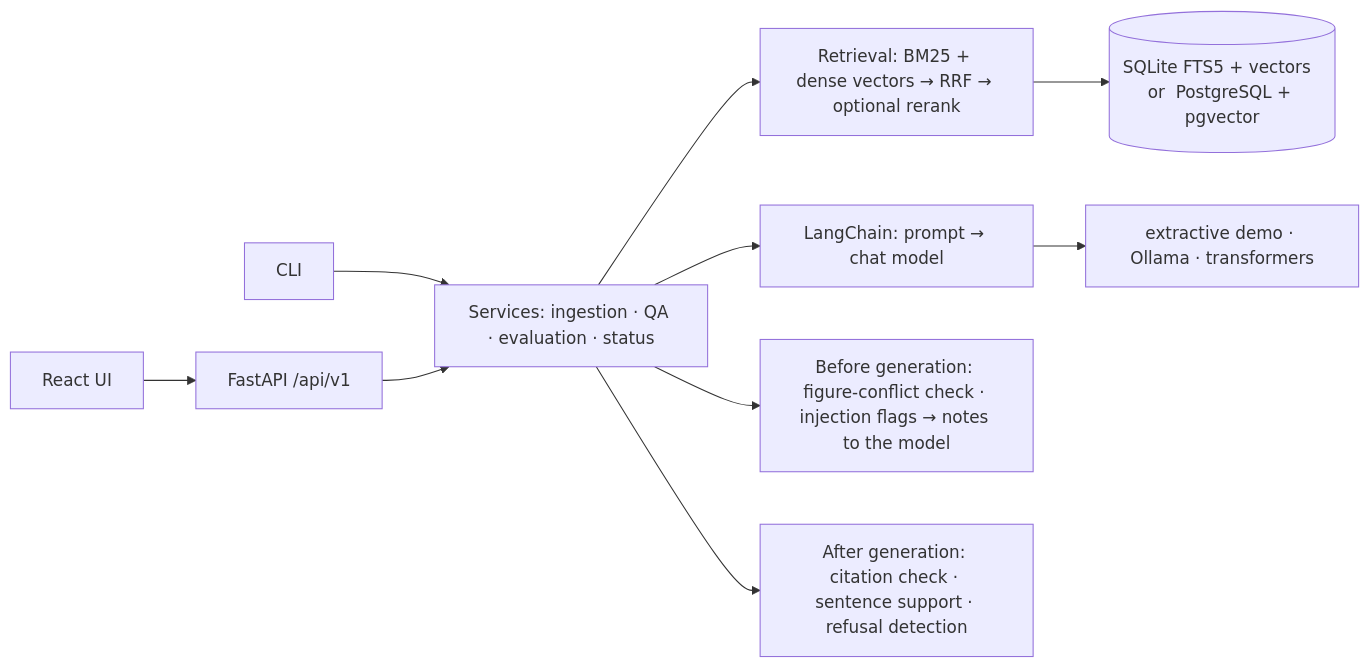
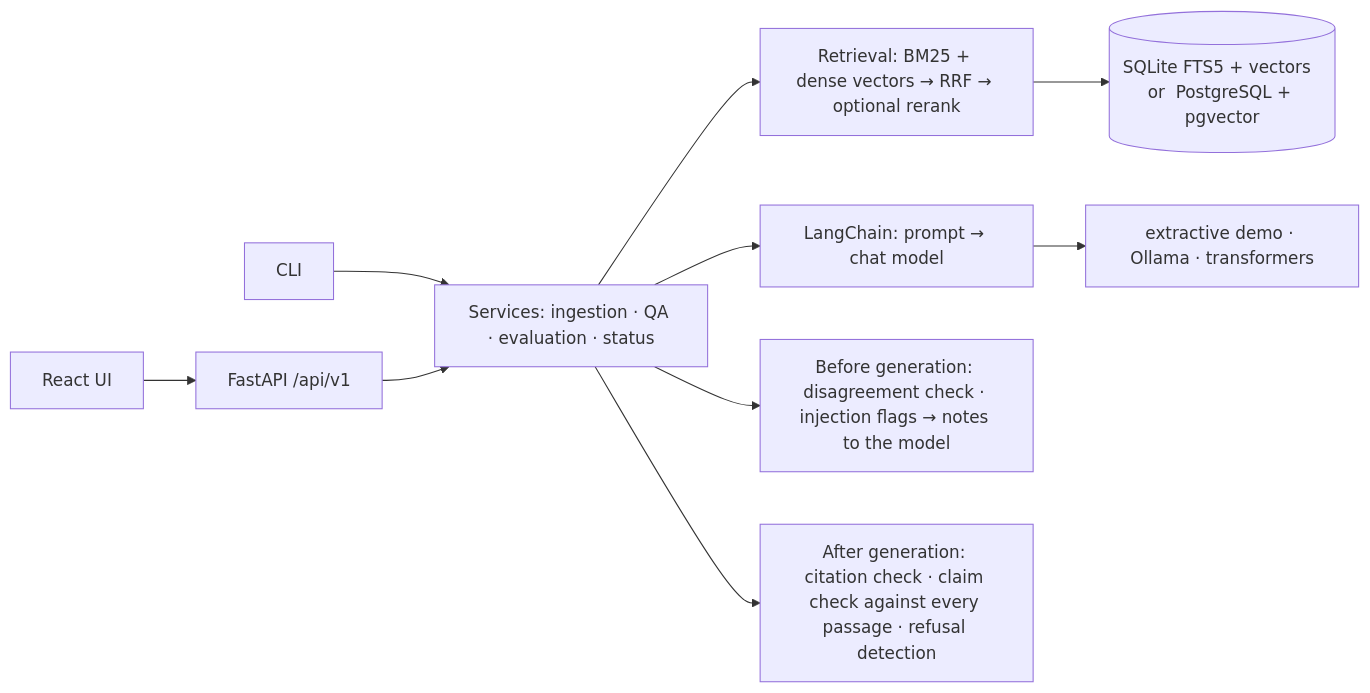
One commit to pouyapd/GroundedAI changed the diagram in README.md. Above: the diagram before and after it, drawn with Mermaid. The commit also changed other lines of this file and 12 other files, not shown here.

````diff
--- a/README.md
+++ b/README.md
@@ -87,12 +107,12 @@
 ```mermaid
 flowchart LR
   UI["React UI"] --> API["FastAPI /api/v1"]
   CLI["CLI"] --> SVC
   API --> SVC["Services: ingestion · QA · evaluation · status"]
   SVC --> RET["Retrieval: BM25 + dense vectors → RRF → optional rerank"]
   RET --> DB[("SQLite FTS5 + vectors  or  PostgreSQL + pgvector")]
   SVC --> GEN["LangChain: prompt → chat model"]
   GEN --> LLM["extractive demo · Ollama · transformers"]
-  SVC --> PRE["Before generation: figure-conflict check · injection flags → notes to the model"]
-  SVC --> CHK["After generation: citation check · sentence support · refusal detection"]
+  SVC --> PRE["Before generation: disagreement check · injection flags → notes to the model"]
+  SVC --> CHK["After generation: citation check · claim check against every passage · refusal detection"]
 ```
````
